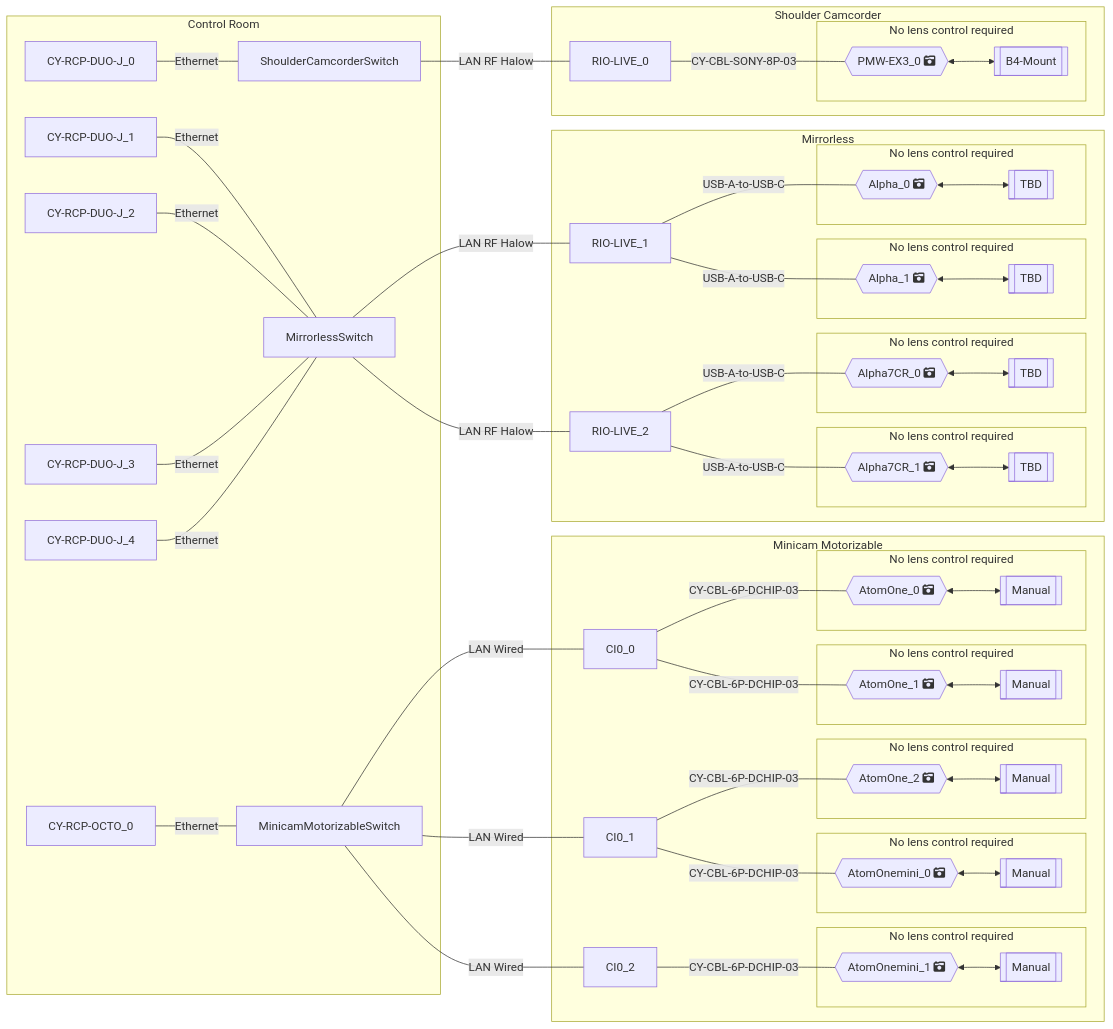
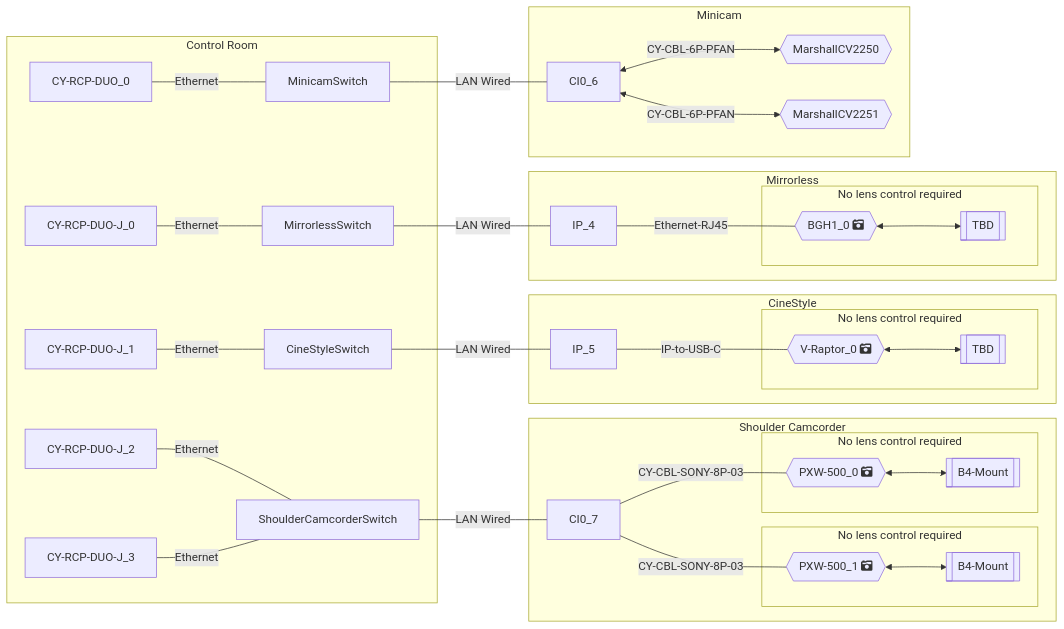
Before and after one commit to Rascarquapac/cyansim: the diagram in debug/mermaid_code_obj.md, drawn with Mermaid. The commit also changed 7 other files, not shown here.

```diff
--- a/debug/mermaid_code_obj.md
+++ b/debug/mermaid_code_obj.md
@@ -1,104 +1,61 @@
 :::mermaid
 graph RL
-subgraph Shoulder Camcorder
-%% CameraCategory:Broadcast, LensControl:No Need, LensType:B4-Mount
-%%DBG: NOT (CC.FIXED_LENS, CC.IZF_INTEGRATED) branch
-B4-Mount_PMW-EX3_0[[B4-Mount]]<-->PMW-EX3_0
-PMW-EX3_0{{"PMW-EX3_0 fa:fa-camera-retro"}}---|CY-CBL-SONY-8P-03|RIO-LIVE_0
-  subgraph PMW-EX3_0_cameralens [No lens control required]
-    PMW-EX3_0
-    B4-Mount_PMW-EX3_0[[B4-Mount]]
-  end
+subgraph Minicam
+%% CameraCategory:Fixed Lens, LensControl:No Need, LensType:Manual
+%%DBG: CC.FIXED_LENS branch
+CV225_0{{"MarshallCV2250"}}<-->|CY-CBL-6P-PFAN|CI0_6
+%% CameraCategory:Fixed Lens, LensControl:No Need, LensType:Manual
+%%DBG: CC.FIXED_LENS branch
+CV225_1{{"MarshallCV2251"}}<-->|CY-CBL-6P-PFAN|CI0_6
 end
 subgraph Mirrorless
 %% CameraCategory:Cine Interchangeable, LensControl:No Need, LensType:TBD
 %%DBG: NOT (CC.FIXED_LENS, CC.IZF_INTEGRATED) branch
-TBD_Alpha_0[[TBD]]<-->Alpha_0
-Alpha_0{{"Alpha_0 fa:fa-camera-retro"}}---|USB-A-to-USB-C|RIO-LIVE_1
-  subgraph Alpha_0_cameralens [No lens control required]
-    Alpha_0
-    TBD_Alpha_0[[TBD]]
+TBD_BGH1_0[[TBD]]<-->BGH1_0
+BGH1_0{{"BGH1_0 fa:fa-camera-retro"}}---|Ethernet-RJ45|IP_4
+  subgraph BGH1_0_cameralens [No lens control required]
+    BGH1_0
+    TBD_BGH1_0[[TBD]]
   end
+end
+subgraph CineStyle
 %% CameraCategory:Cine Interchangeable, LensControl:No Need, LensType:TBD
 %%DBG: NOT (CC.FIXED_LENS, CC.IZF_INTEGRATED) branch
-TBD_Alpha_1[[TBD]]<-->Alpha_1
-Alpha_1{{"Alpha_1 fa:fa-camera-retro"}}---|USB-A-to-USB-C|RIO-LIVE_1
-  subgraph Alpha_1_cameralens [No lens control required]
-    Alpha_1
-    TBD_Alpha_1[[TBD]]
-  end
-%% CameraCategory:Cine Interchangeable, LensControl:No Need, LensType:TBD
-%%DBG: NOT (CC.FIXED_LENS, CC.IZF_INTEGRATED) branch
-TBD_Alpha7CR_0[[TBD]]<-->Alpha7CR_0
-Alpha7CR_0{{"Alpha7CR_0 fa:fa-camera-retro"}}---|USB-A-to-USB-C|RIO-LIVE_2
-  subgraph Alpha7CR_0_cameralens [No lens control required]
-    Alpha7CR_0
-    TBD_Alpha7CR_0[[TBD]]
-  end
-%% CameraCategory:Cine Interchangeable, LensControl:No Need, LensType:TBD
-%%DBG: NOT (CC.FIXED_LENS, CC.IZF_INTEGRATED) branch
-TBD_Alpha7CR_1[[TBD]]<-->Alpha7CR_1
-Alpha7CR_1{{"Alpha7CR_1 fa:fa-camera-retro"}}---|USB-A-to-USB-C|RIO-LIVE_2
-  subgraph Alpha7CR_1_cameralens [No lens control required]
-    Alpha7CR_1
-    TBD_Alpha7CR_1[[TBD]]
+TBD_V-Raptor_0[[TBD]]<-->V-Raptor_0
+V-Raptor_0{{"V-Raptor_0 fa:fa-camera-retro"}}---|IP-to-USB-C|IP_5
+  subgraph V-Raptor_0_cameralens [No lens control required]
+    V-Raptor_0
+    TBD_V-Raptor_0[[TBD]]
   end
 end
-subgraph Minicam Motorizable
-%% CameraCategory:Minicam Motorizable Lens, LensControl:No Need, LensType:Manual
+subgraph Shoulder Camcorder
+%% CameraCategory:Broadcast, LensControl:No Need, LensType:B4-Mount
 %%DBG: NOT (CC.FIXED_LENS, CC.IZF_INTEGRATED) branch
-Manual_AtomOne_0[[Manual]]<-->AtomOne_0
-AtomOne_0{{"AtomOne_0 fa:fa-camera-retro"}}---|CY-CBL-6P-DCHIP-03|CI0_0
-  subgraph AtomOne_0_cameralens [No lens control required]
-    AtomOne_0
-    Manual_AtomOne_0[[Manual]]
+B4-Mount_PXW-500_0[[B4-Mount]]<-->PXW-500_0
+PXW-500_0{{"PXW-500_0 fa:fa-camera-retro"}}---|CY-CBL-SONY-8P-03|CI0_7
+  subgraph PXW-500_0_cameralens [No lens control required]
+    PXW-500_0
+    B4-Mount_PXW-500_0[[B4-Mount]]
   end
-%% CameraCategory:Minicam Motorizable Lens, LensControl:No Need, LensType:Manual
+%% CameraCategory:Broadcast, LensControl:No Need, LensType:B4-Mount
 %%DBG: NOT (CC.FIXED_LENS, CC.IZF_INTEGRATED) branch
-Manual_AtomOne_1[[Manual]]<-->AtomOne_1
-AtomOne_1{{"AtomOne_1 fa:fa-camera-retro"}}---|CY-CBL-6P-DCHIP-03|CI0_0
-  subgraph AtomOne_1_cameralens [No lens control required]
-    AtomOne_1
-    Manual_AtomOne_1[[Manual]]
-  end
-%% CameraCategory:Minicam Motorizable Lens, LensControl:No Need, LensType:Manual
-%%DBG: NOT (CC.FIXED_LENS, CC.IZF_INTEGRATED) branch
-Manual_AtomOne_2[[Manual]]<-->AtomOne_2
-AtomOne_2{{"AtomOne_2 fa:fa-camera-retro"}}---|CY-CBL-6P-DCHIP-03|CI0_1
-  subgraph AtomOne_2_cameralens [No lens control required]
-    AtomOne_2
-    Manual_AtomOne_2[[Manual]]
-  end
-%% CameraCategory:Minicam Motorizable Lens, LensControl:No Need, LensType:Manual
-%%DBG: NOT (CC.FIXED_LENS, CC.IZF_INTEGRATED) branch
-Manual_AtomOnemini_0[[Manual]]<-->AtomOnemini_0
-AtomOnemini_0{{"AtomOnemini_0 fa:fa-camera-retro"}}---|CY-CBL-6P-DCHIP-03|CI0_1
-  subgraph AtomOnemini_0_cameralens [No lens control required]
-    AtomOnemini_0
-    Manual_AtomOnemini_0[[Manual]]
-  end
-%% CameraCategory:Minicam Motorizable Lens, LensControl:No Need, LensType:Manual
-%%DBG: NOT (CC.FIXED_LENS, CC.IZF_INTEGRATED) branch
-Manual_AtomOnemini_1[[Manual]]<-->AtomOnemini_1
-AtomOnemini_1{{"AtomOnemini_1 fa:fa-camera-retro"}}---|CY-CBL-6P-DCHIP-03|CI0_2
-  subgraph AtomOnemini_1_cameralens [No lens control required]
-    AtomOnemini_1
-    Manual_AtomOnemini_1[[Manual]]
+B4-Mount_PXW-500_1[[B4-Mount]]<-->PXW-500_1
+PXW-500_1{{"PXW-500_1 fa:fa-camera-retro"}}---|CY-CBL-SONY-8P-03|CI0_7
+  subgraph PXW-500_1_cameralens [No lens control required]
+    PXW-500_1
+    B4-Mount_PXW-500_1[[B4-Mount]]
   end
 end
 subgraph "Control Room" 
-RIO-LIVE_0 --- |LAN RF Halow|ShoulderCamcorderSwitch
-RIO-LIVE_1 --- |LAN RF Halow|MirrorlessSwitch
-RIO-LIVE_2 --- |LAN RF Halow|MirrorlessSwitch
-CI0_0 --- |LAN Wired|MinicamMotorizableSwitch
-CI0_1 --- |LAN Wired|MinicamMotorizableSwitch
-CI0_2 --- |LAN Wired|MinicamMotorizableSwitch
-ShoulderCamcorderSwitch --- |Ethernet|CY-RCP-DUO-J_0
-MirrorlessSwitch --- |Ethernet|CY-RCP-DUO-J_1
-MirrorlessSwitch --- |Ethernet|CY-RCP-DUO-J_2
-MirrorlessSwitch --- |Ethernet|CY-RCP-DUO-J_3
-MirrorlessSwitch --- |Ethernet|CY-RCP-DUO-J_4
-MinicamMotorizableSwitch --- |Ethernet|CY-RCP-OCTO_0
+CI0_6 --- |LAN Wired|MinicamSwitch
+IP_4 --- |LAN Wired|MirrorlessSwitch
+IP_5 --- |LAN Wired|CineStyleSwitch
+CI0_7 --- |LAN Wired|ShoulderCamcorderSwitch
+MinicamSwitch --- |Ethernet|CY-RCP-DUO_0
+MirrorlessSwitch --- |Ethernet|CY-RCP-DUO-J_0
+CineStyleSwitch --- |Ethernet|CY-RCP-DUO-J_1
+ShoulderCamcorderSwitch --- |Ethernet|CY-RCP-DUO-J_2
+ShoulderCamcorderSwitch --- |Ethernet|CY-RCP-DUO-J_3
 end
 
 :::
```
